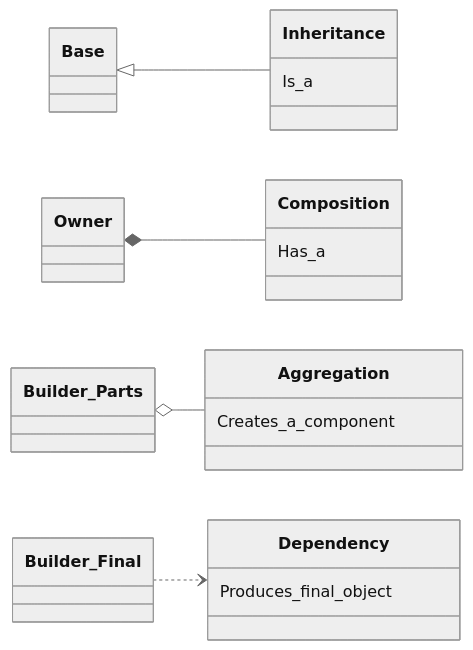
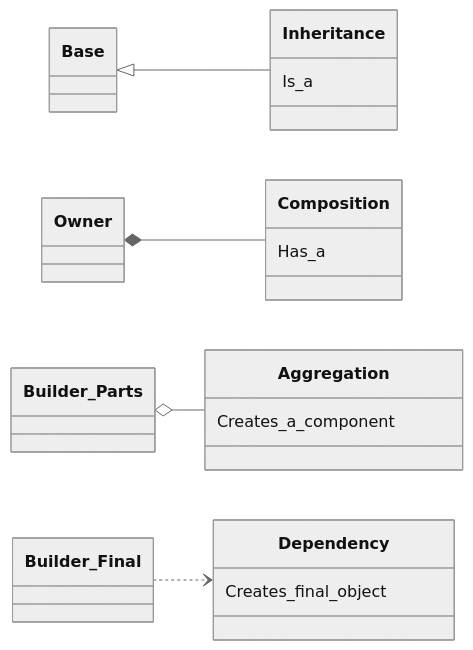
The second of 2 diagrams in 01_Builder/Dynamic_example/diagram.md (Cichlidfishexigency721/Modern-CPP-Design-Patterns), drawn with Mermaid (neutral theme) before and after one commit. The commit also changed other lines of this file, not shown here.

````diff
--- a/01_Builder/Dynamic_example/diagram.md
+++ b/01_Builder/Dynamic_example/diagram.md
@@ -43,13 +41,13 @@
 ```mermaid
 classDiagram
     direction LR
     class Inheritance { Is_a }
     class Composition { Has_a }
     class Aggregation { Creates_a_component }
-    class Dependency { Produces_final_object }
+    class Dependency { Creates_final_object }
 
     Base <|-- Inheritance
     Owner *-- Composition
     Builder_Parts o-- Aggregation
     Builder_Final ..> Dependency
 ```
````
